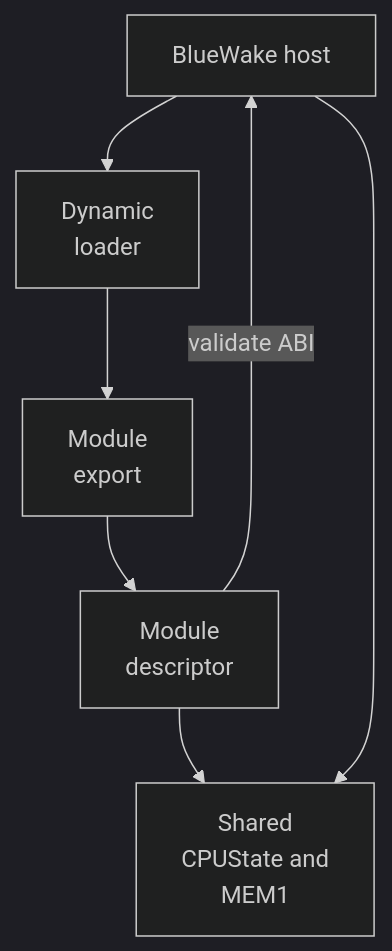
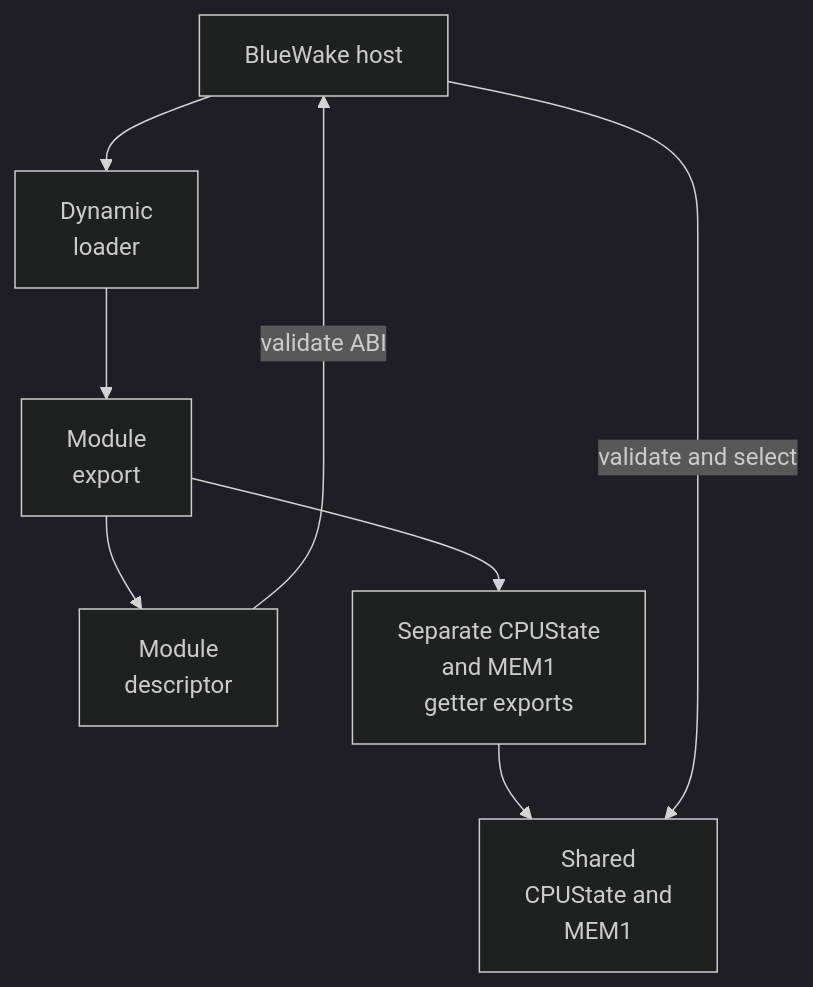
Before and after one commit to Aelbannan/boat_of_daphnes: the first of 2 diagrams in docs/architecture/GameModule.md, drawn with Mermaid (dark theme). The commit also changed other lines of this file and 3 other files, not shown here.

Commit message:
docs: align runtime architecture contracts

````diff
--- a/docs/architecture/GameModule.md
+++ b/docs/architecture/GameModule.md
@@ -40,18 +41,22 @@
 ```mermaid
 flowchart TD
     Host["BlueWake host"]
     Loader["`Dynamic
 loader`"]
     Export["`Module
 export`"]
     Descriptor["`Module
 descriptor`"]
+    Getters["`Separate CPUState
+and MEM1
+getter exports`"]
     State["`Shared
 CPUState and
 MEM1`"]
 
-    Host --> Loader --> Export --> Descriptor
+    Host --> Loader --> Export
+    Export --> Descriptor
+    Export --> Getters --> State
     Descriptor -->|"validate ABI"| Host
-    Descriptor --> State
-    Host --> State
+    Host -->|"validate and select"| State
 ```
````
